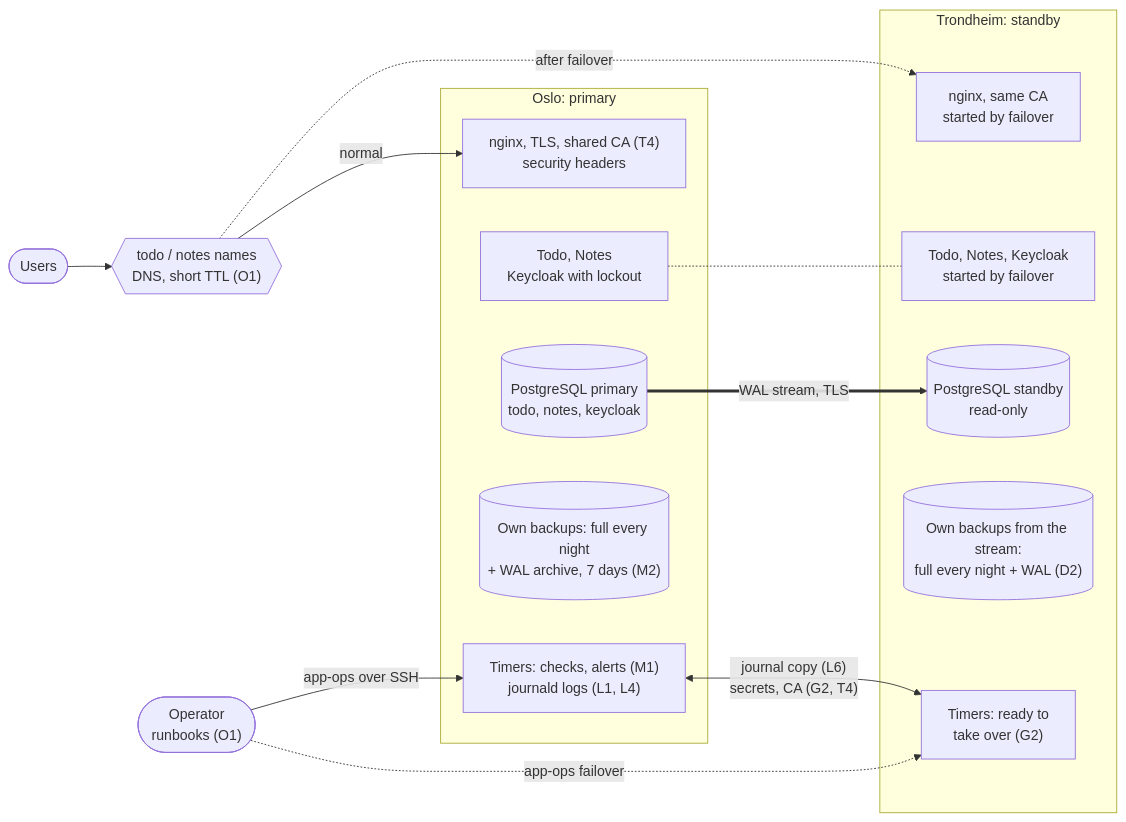
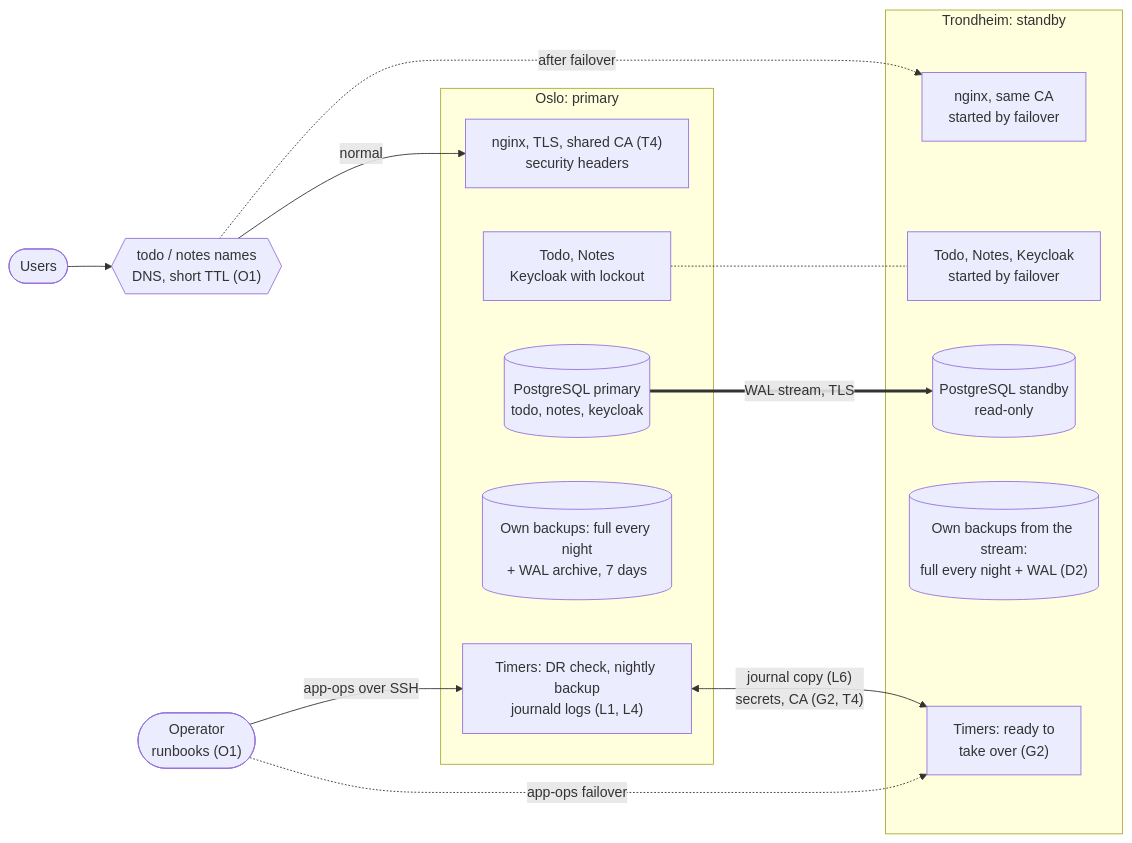
One commit to gunstein/podman_test changed the first of 2 diagrams in docs/TARGET-PICTURE.md. Above: the diagram before and after it, drawn with Mermaid. The commit also changed other lines of this file and 11 other files, not shown here.

````diff
--- a/docs/TARGET-PICTURE.md
+++ b/docs/TARGET-PICTURE.md
@@ -9,32 +9,32 @@
 ```mermaid
 flowchart LR
   users(["Users"]) --> dns{{"todo / notes names<br>DNS, short TTL (O1)"}}
   op(["Operator<br>runbooks (O1)"])
 
   subgraph OSLO["Oslo: primary"]
     o_proxy["nginx, TLS, shared CA (T4)<br>security headers"]
     o_apps["Todo, Notes<br>Keycloak with lockout"]
     o_db[("PostgreSQL primary<br>todo, notes, keycloak")]
-    o_bk[("Own backups: full every night<br>+ WAL archive, 7 days (M2)")]
-    o_time["Timers: checks, alerts (M1)<br>journald logs (L1, L4)"]
+    o_bk[("Own backups: full every night<br>+ WAL archive, 7 days")]
+    o_time["Timers: DR check, nightly backup<br>journald logs (L1, L4)"]
   end
 
   subgraph TRD["Trondheim: standby"]
     t_proxy["nginx, same CA<br>started by failover"]
     t_apps["Todo, Notes, Keycloak<br>started by failover"]
     t_db[("PostgreSQL standby<br>read-only")]
     t_bk[("Own backups from the stream:<br>full every night + WAL (D2)")]
     t_time["Timers: ready to<br>take over (G2)"]
   end
 
   dns -->|normal| o_proxy
   dns -.->|after failover| t_proxy
   o_proxy ~~~ t_proxy
   o_apps -.- t_apps
   o_db ==>|"WAL stream, TLS"| t_db
   o_bk ~~~ t_bk
   o_time <-->|"journal copy (L6)<br>secrets, CA (G2, T4)"| t_time
   dns ~~~ o_apps & o_db & o_bk
   op -->|app-ops over SSH| o_time
   op -.->|"app-ops failover"| t_time
 ```
````
